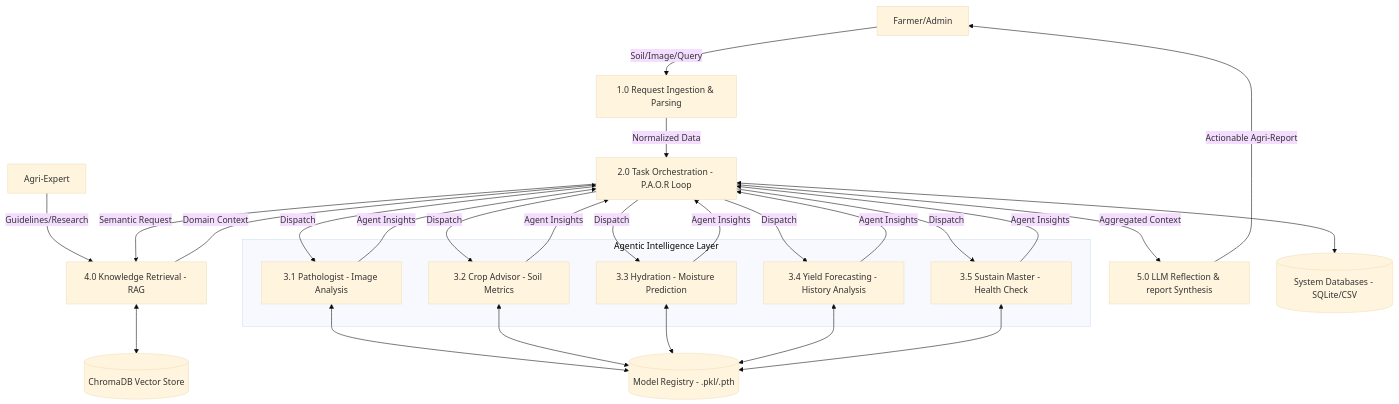
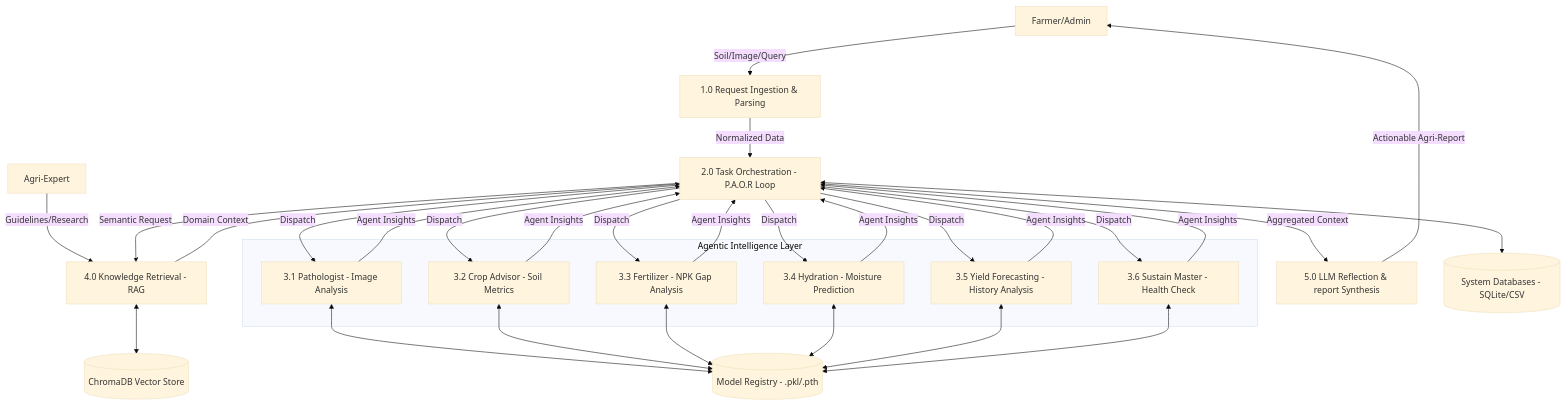
The fourth of 5 diagrams in docs/Detailed_System_Design.md (vannu07/Agro), drawn with Mermaid (base theme) before and after one commit. The commit also changed other lines of this file and 2 other files, not shown here.

````diff
--- a/docs/Detailed_System_Design.md
+++ b/docs/Detailed_System_Design.md
@@ -108,59 +110,62 @@
 ```mermaid
 graph TD
     %% Entities
     User[Farmer/Admin]
     Expert[Agri-Expert]
     
     %% Main Control Processes
     P1[1.0 Request Ingestion & Parsing]
     P2[2.0 Task Orchestration - P.A.O.R Loop]
     
     %% Specialized Agent Sub-Processes
     subgraph "Agentic Intelligence Layer"
         A1[3.1 Pathologist - Image Analysis]
         A2[3.2 Crop Advisor - Soil Metrics]
-        A3[3.3 Hydration - Moisture Prediction]
-        A4[3.4 Yield Forecasting - History Analysis]
-        A5[3.5 Sustain Master - Health Check]
+        A3[3.3 Fertilizer - NPK Gap Analysis]
+        A4[3.4 Hydration - Moisture Prediction]
+        A5[3.5 Yield Forecasting - History Analysis]
+        A6[3.6 Sustain Master - Health Check]
     end
     
     %% Synthesis & Output
     P4[4.0 Knowledge Retrieval - RAG]
     P5[5.0 LLM Reflection & report Synthesis]
 
     %% Data Stores
     D1[(System Databases - SQLite/CSV)]
     D2[(Model Registry - .pkl/.pth)]
     D3[(ChromaDB Vector Store)]
 
     %% High-Fidelity Data Flows
     User -- Soil/Image/Query --> P1
     P1 -- Normalized Data --> P2
     P2 <--> D1
     
     %% Orchestration Dispatch
     P2 -- Dispatch --> A1
     P2 -- Dispatch --> A2
     P2 -- Dispatch --> A3
     P2 -- Dispatch --> A4
     P2 -- Dispatch --> A5
+    P2 -- Dispatch --> A6
     
     %% Intelligence Feedback
     A1 <--> D2
     A2 <--> D2
     A3 <--> D2
     A4 <--> D2
     A5 <--> D2
+    A6 <--> D2
     
-    A1 & A2 & A3 & A4 & A5 -- Agent Insights --> P2
+    A1 & A2 & A3 & A4 & A5 & A6 -- Agent Insights --> P2
     
     %% RAG Enrichment
     Expert -- Guidelines/Research --> P4
     P4 <--> D3
     P2 -- Semantic Request --> P4
     P4 -- Domain Context --> P2
     
     %% Final Output Flow
     P2 -- Aggregated Context --> P5
     P5 -- Actionable Agri-Report --> User
 ```
````
